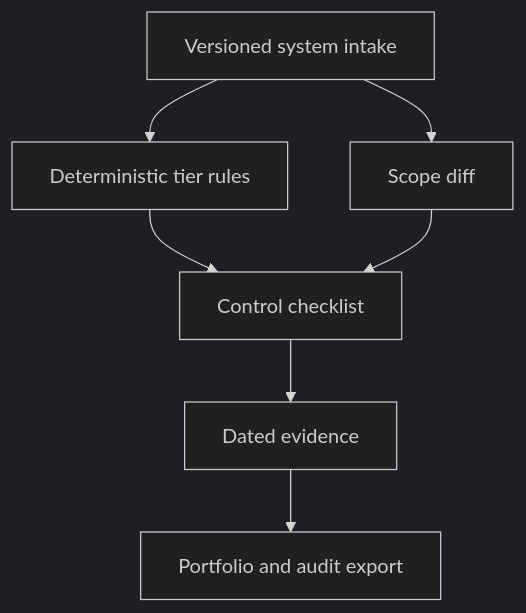
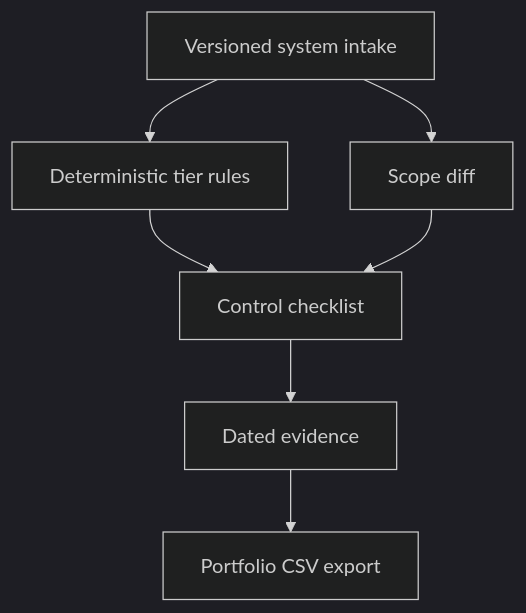
One commit to MadanMohan0537/ai-use-case-risk-registry changed the diagram in README.md. Above: the diagram before and after it, drawn with Mermaid (dark theme). The commit also changed other lines of this file, not shown here.

First line of the commit message:
Replace the README with a verified portfolio draft.

````diff
--- a/README.md
+++ b/README.md
@@ -37,9 +58,9 @@
 ```mermaid
 flowchart TD
     A[Versioned system intake] --> B[Deterministic tier rules]
     B --> C[Control checklist]
     C --> D[Dated evidence]
-    D --> E[Portfolio and audit export]
+    D --> E[Portfolio CSV export]
     A --> F[Scope diff]
     F --> C
 ```
````
